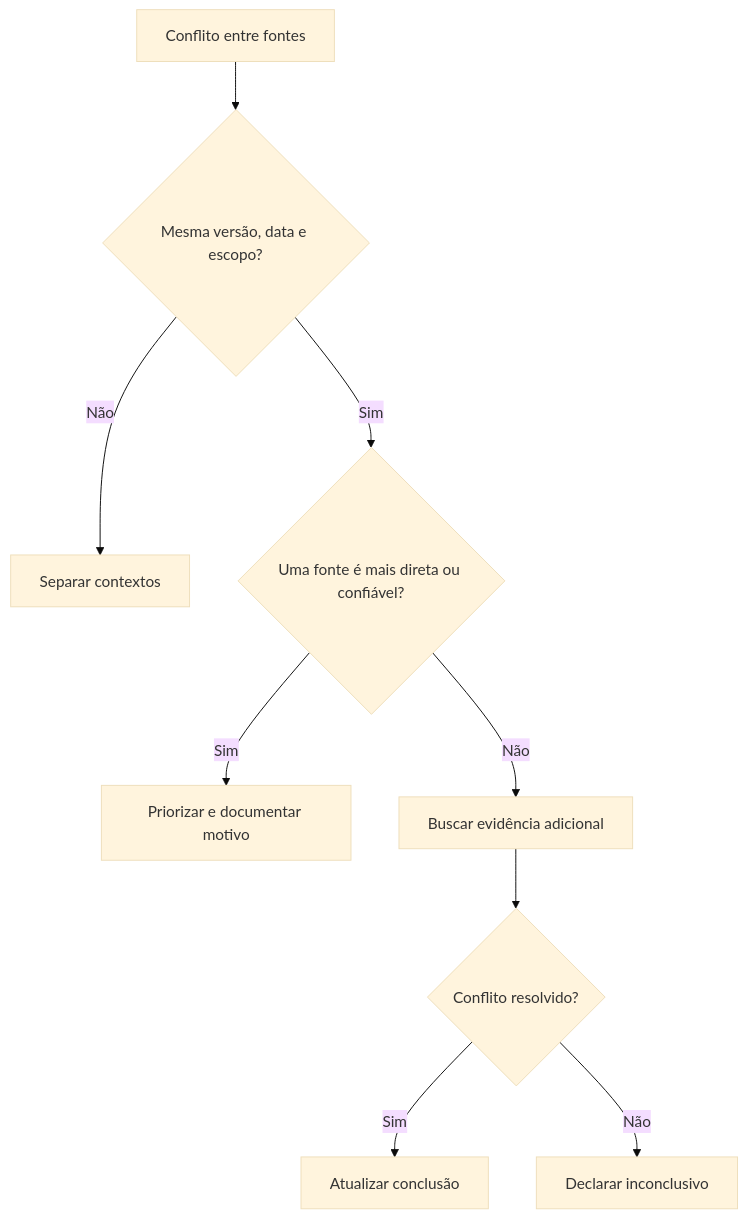
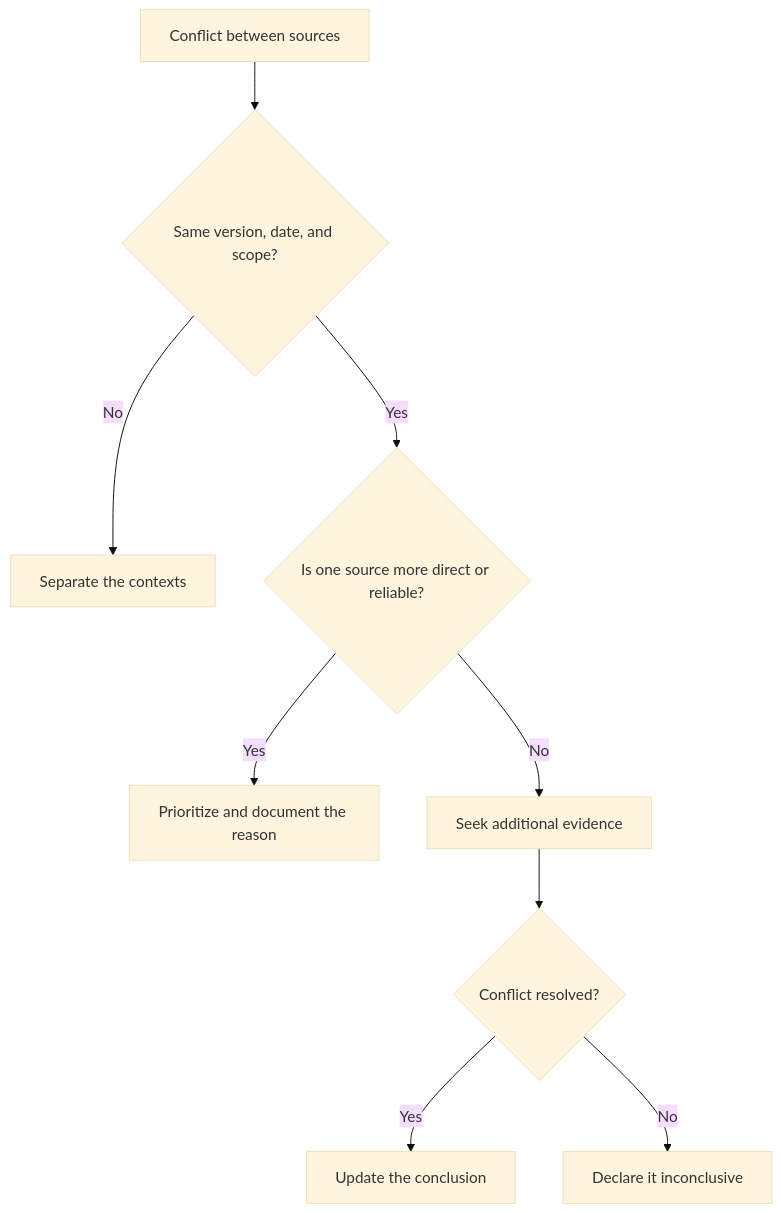
One commit to rpelizza/PelizzAI changed the fourth of 4 diagrams in .claude/skills/pelizzai-reasoning/techniques/evidence-synthesis.md. Above: the diagram before and after it, drawn with Mermaid (base theme). The commit also changed other lines of this file and 362 other files, not shown here.

````diff
--- a/.claude/skills/pelizzai-reasoning/techniques/evidence-synthesis.md
+++ b/.claude/skills/pelizzai-reasoning/techniques/evidence-synthesis.md
@@ -419,11 +419,11 @@
 ```mermaid
 flowchart TD
-    A[Conflito entre fontes] --> B{Mesma versão, data e escopo?}
-    B -- Não --> C[Separar contextos]
-    B -- Sim --> D{Uma fonte é mais direta ou confiável?}
-    D -- Sim --> E[Priorizar e documentar motivo]
-    D -- Não --> F[Buscar evidência adicional]
-    F --> G{Conflito resolvido?}
-    G -- Sim --> H[Atualizar conclusão]
-    G -- Não --> I[Declarar inconclusivo]
+    A[Conflict between sources] --> B{Same version, date, and scope?}
+    B -- No --> C[Separate the contexts]
+    B -- Yes --> D{Is one source more direct or reliable?}
+    D -- Yes --> E[Prioritize and document the reason]
+    D -- No --> F[Seek additional evidence]
+    F --> G{Conflict resolved?}
+    G -- Yes --> H[Update the conclusion]
+    G -- No --> I[Declare it inconclusive]
 ```
````
